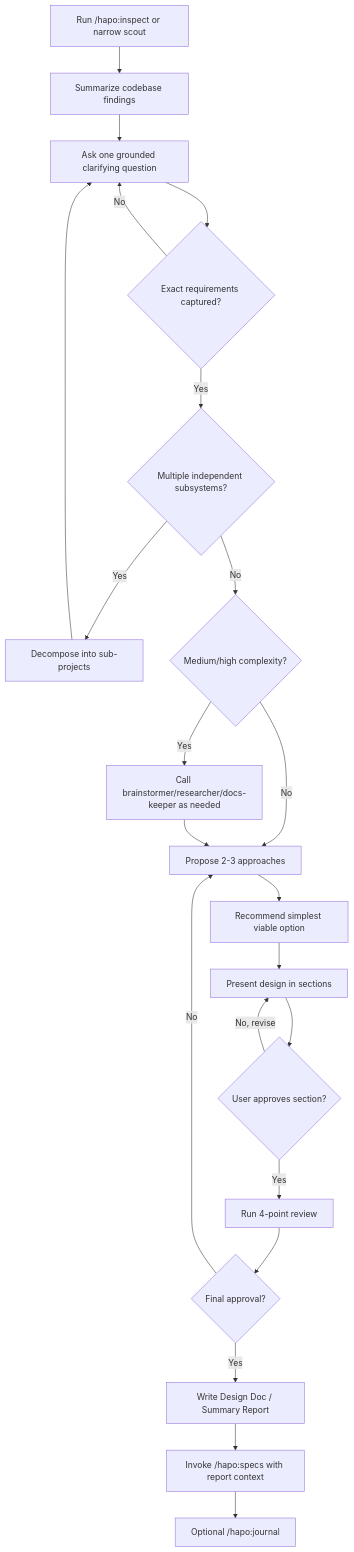
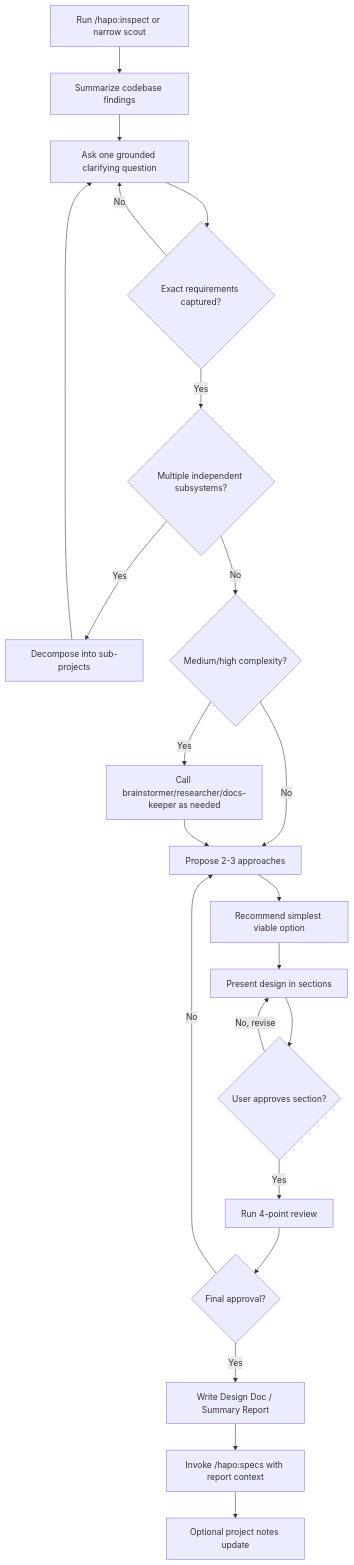
One commit to hapo-nghialuu/antigravity-kit changed the diagram in packages/spec/src/claude/skills/brainstorm/SKILL.md. Above: the diagram before and after it, drawn with Mermaid. The commit also changed other lines of this file and 55 other files, not shown here.

````diff
--- a/packages/spec/src/claude/skills/brainstorm/SKILL.md
+++ b/packages/spec/src/claude/skills/brainstorm/SKILL.md
@@ -74,24 +74,24 @@
 ```mermaid
 flowchart TD
     A["Run /hapo:inspect or narrow scout"] --> B["Summarize codebase findings"]
     B --> C["Ask one grounded clarifying question"]
     C --> D{"Exact requirements captured?"}
     D -->|No| C
     D -->|Yes| E{"Multiple independent subsystems?"}
     E -->|Yes| F["Decompose into sub-projects"]
     F --> C
     E -->|No| G{"Medium/high complexity?"}
     G -->|Yes| H["Call brainstormer/researcher/docs-keeper as needed"]
     G -->|No| I["Propose 2-3 approaches"]
     H --> I
     I --> J["Recommend simplest viable option"]
     J --> K["Present design in sections"]
     K --> L{"User approves section?"}
     L -->|No, revise| K
     L -->|Yes| M["Run 4-point review"]
     M --> N{"Final approval?"}
     N -->|No| I
     N -->|Yes| O["Write Design Doc / Summary Report"]
     O --> P["Invoke /hapo:specs with report context"]
-    P --> Q["Optional /hapo:journal"]
+    P --> Q["Optional project notes update"]
 ```
````
